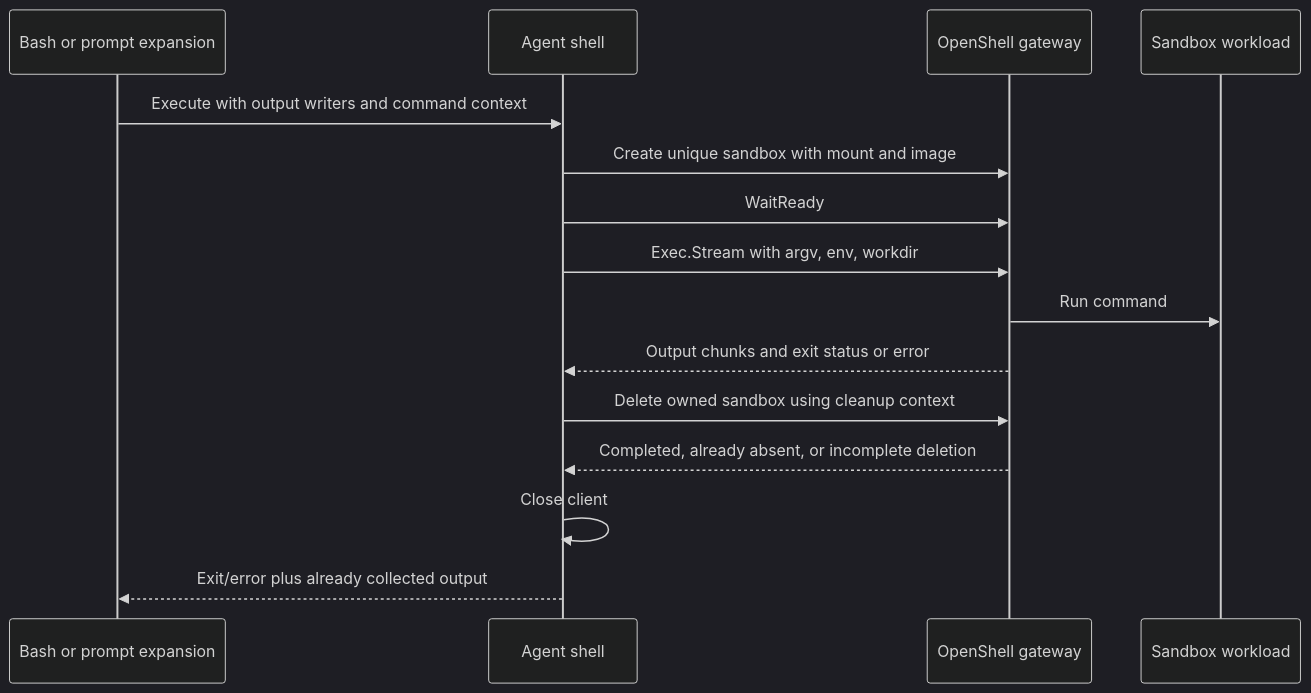
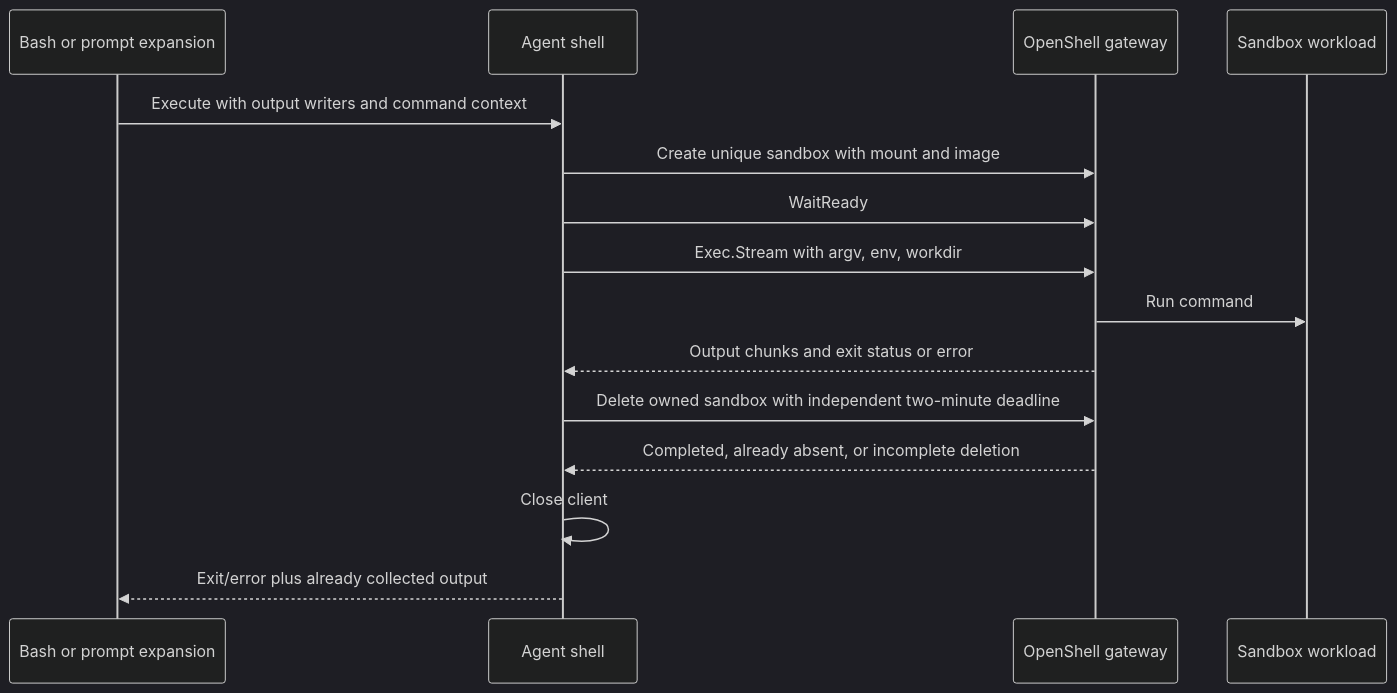
Before and after one commit to Rocketable/platform: the second of 4 diagrams in internal/rocketclaw/docs/plans/2026-09-29-1441-feat-openshell-bash-backend-plan.md, drawn with Mermaid (dark theme). The commit also changed other lines of this file and 4 other files, not shown here.

Commit message:
rocketcode: support local OpenShell mTLS and bounded cleanup

````diff
--- a/internal/rocketclaw/docs/plans/2026-09-29-1441-feat-openshell-bash-backend-plan.md
+++ b/internal/rocketclaw/docs/plans/2026-09-29-1441-feat-openshell-bash-backend-plan.md
@@ -116,17 +116,17 @@
 ```mermaid
 sequenceDiagram
     participant Caller as Bash or prompt expansion
     participant Shell as Agent shell
     participant Gateway as OpenShell gateway
     participant Sandbox as Sandbox workload
     Caller->>Shell: Execute with output writers and command context
     Shell->>Gateway: Create unique sandbox with mount and image
     Shell->>Gateway: WaitReady
     Shell->>Gateway: Exec.Stream with argv, env, workdir
     Gateway->>Sandbox: Run command
     Gateway-->>Shell: Output chunks and exit status or error
-    Shell->>Gateway: Delete owned sandbox using cleanup context
+    Shell->>Gateway: Delete owned sandbox with independent two-minute deadline
     Gateway-->>Shell: Completed, already absent, or incomplete deletion
     Shell->>Shell: Close client
     Shell-->>Caller: Exit/error plus already collected output
 ```
````
